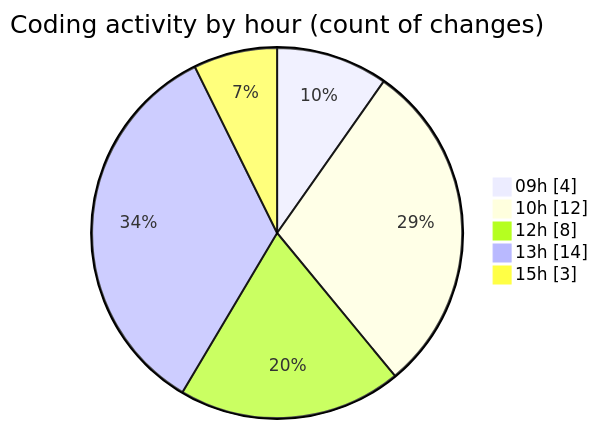
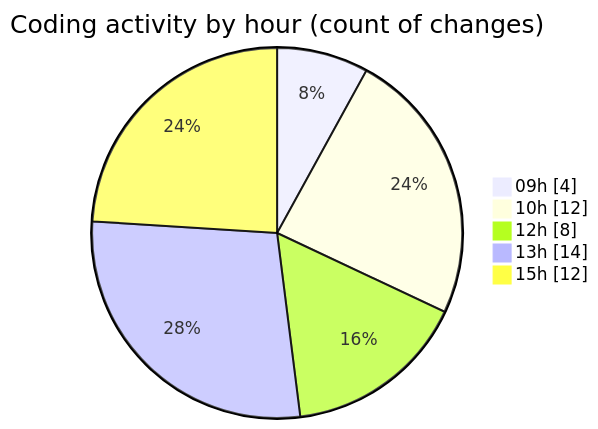
One commit to nxtqubesakshisongat/code-tracking changed the second of 2 diagrams in 2025-05-19/nxtqube_webapp/README.md. Above: the diagram before and after it, drawn with Mermaid. The commit also changed other lines of this file and 1 other file, not shown here.

````diff
--- a/2025-05-19/nxtqube_webapp/README.md
+++ b/2025-05-19/nxtqube_webapp/README.md
@@ -35,9 +36,9 @@
 ```mermaid
 pie showData
 title Coding activity by hour (count of changes)
 "09h" : 4
 "10h" : 12
 "12h" : 8
 "13h" : 14
-"15h" : 3
+"15h" : 12
 ```
````
